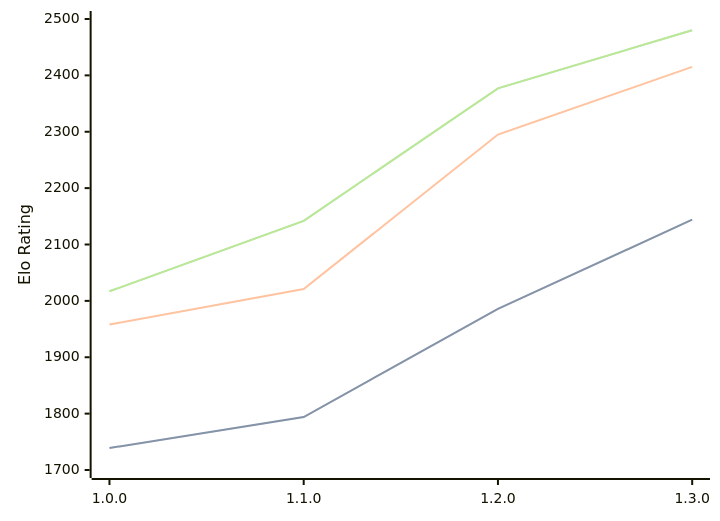
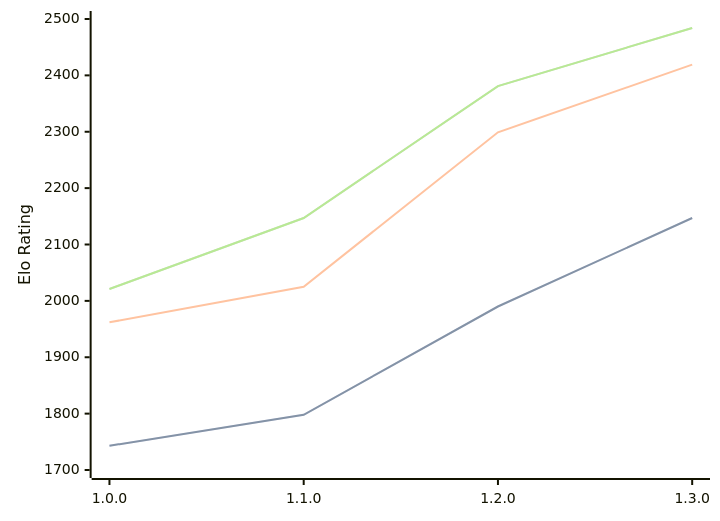
One commit to computer-chess-index/cci changed the diagram in engines/Anodos.md. Above: the diagram before and after it, drawn with Mermaid. The commit also changed other lines of this file, not shown here.

Commit message:
Update CCI Ratings (ELO VLTC) - 2026-08-18

````diff
--- a/engines/Anodos.md
+++ b/engines/Anodos.md
@@ -34,11 +34,11 @@
 ```mermaid
 %%{init: {"theme":"base","themeVariables":{"seriesColors:['#a3a3a3','#222221','#faa371']}}}%%
 xychart-beta
   x-axis ["1.0.0", "1.1.0", "1.2.0", "1.3.0"]
   y-axis "Elo Rating" 1700 --> 2500
-  line "STC (8.0+0.08s)" [1739, 1794, 1986, 2144]
-  line "STC (8.0+0.08s)" [1739, 1794, 1986, 2144]
-  line "LTC (60.0+0.60s)" [1958, 2021, 2295, 2415]
-  line "VLTC (2m24s+1.12s)" [2017, 2142, 2377, 2480]
-  line "VLTC (2m24s+1.12s)" [2017, 2142, 2377, 2480]
+  line "STC (8.0+0.08s)" [1743, 1798, 1990, 2147]
+  line "STC (8.0+0.08s)" [1743, 1798, 1990, 2147]
+  line "LTC (60.0+0.60s)" [1962, 2025, 2299, 2419]
+  line "VLTC (2m24s+1.12s)" [2021, 2147, 2381, 2484]
+  line "VLTC (2m24s+1.12s)" [2021, 2147, 2381, 2484]
 ```
````
